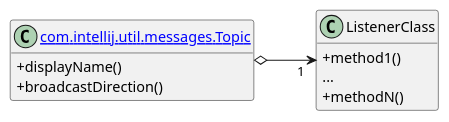
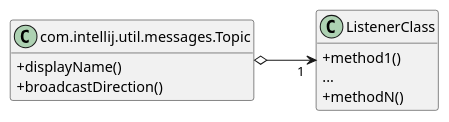
One commit to JetBrains/intellij-sdk-docs changed the diagram in buildUML/messaging/topic.puml. Above: the diagram before and after it, drawn with PlantUML. The commit also changed 1 other file, not shown here.

Commit message:
messaging.md: regen topic.svg

```diff
--- a/buildUML/messaging/topic.puml
+++ b/buildUML/messaging/topic.puml
@@ -1,20 +1,20 @@
 @startuml
 skinparam classAttributeIconSize 0
 hide empty fields
 hide empty methods
 left to right direction
 
 ' Define the objects in the diagram
-class "[[https://github.com/JetBrains/intellij-community/blob/master/platform/extensions/src/com/intellij/util/messages/Topic.java{com.intellij.util.messages.Topic} com.intellij.util.messages.Topic]]" as Topic {
+class "com.intellij.util.messages.Topic" as Topic {
   +displayName()
   +broadcastDirection()
   }
 class ListenerClass {
   +method1()
   {method} ...
   +methodN()
   }
 
 ' Define the class relationships
 Topic o--> "1 " ListenerClass
 @enduml
```
